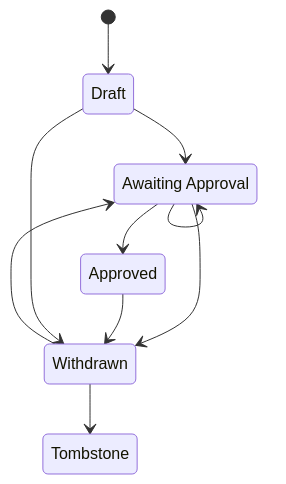
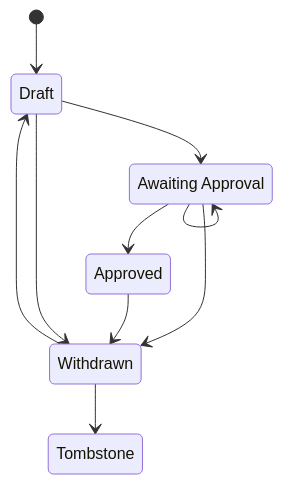
One commit to pulibrary/pdc_describe changed the diagram in docs/work_states.md. Above: the diagram before and after it, drawn with Mermaid.

Commit message:
Should not directly between withdrawn and awaiting approval
It is not safe to go directly between withdrawn and awaiting approval.  It is possible for a withdrawn item to have come from a draft state, so we should go back to draft.

````diff
--- a/docs/work_states.md
+++ b/docs/work_states.md
@@ -43,17 +43,17 @@
 ```mermaid
 stateDiagram-v2
     draft: Draft
     await: Awaiting Approval
     approve: Approved
     withdrawn: Withdrawn
     tombstone: Tombstone
     [*] --> draft
     draft --> await
     await --> await
     await --> approve
     await --> withdrawn
-    withdrawn --> await
+    withdrawn --> draft
     approve --> withdrawn
     draft --> withdrawn
     withdrawn --> tombstone
 ```
````
